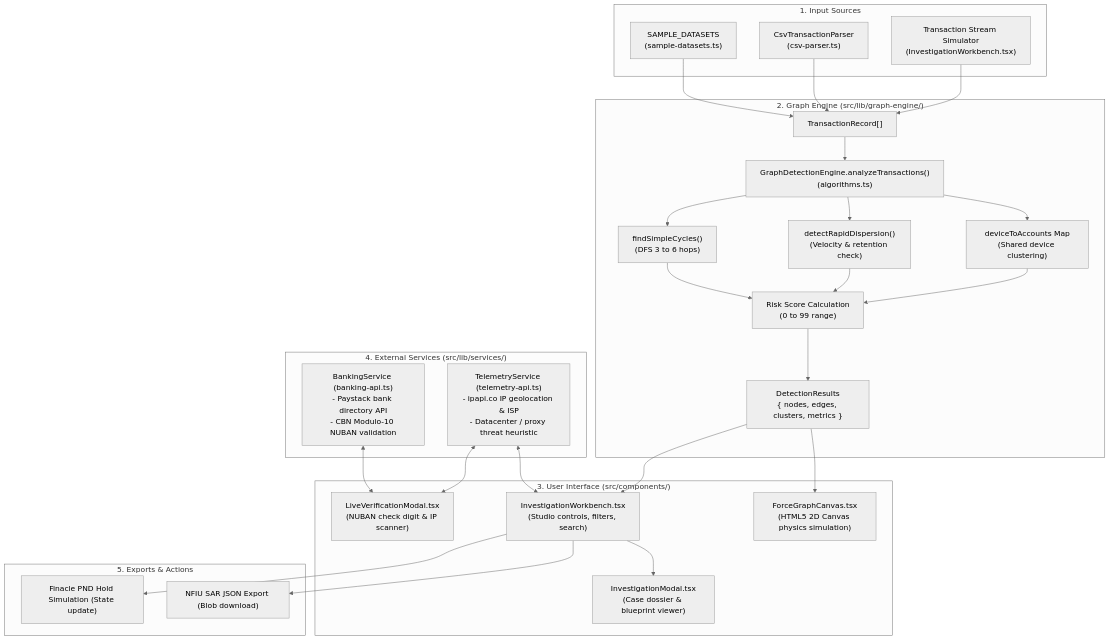
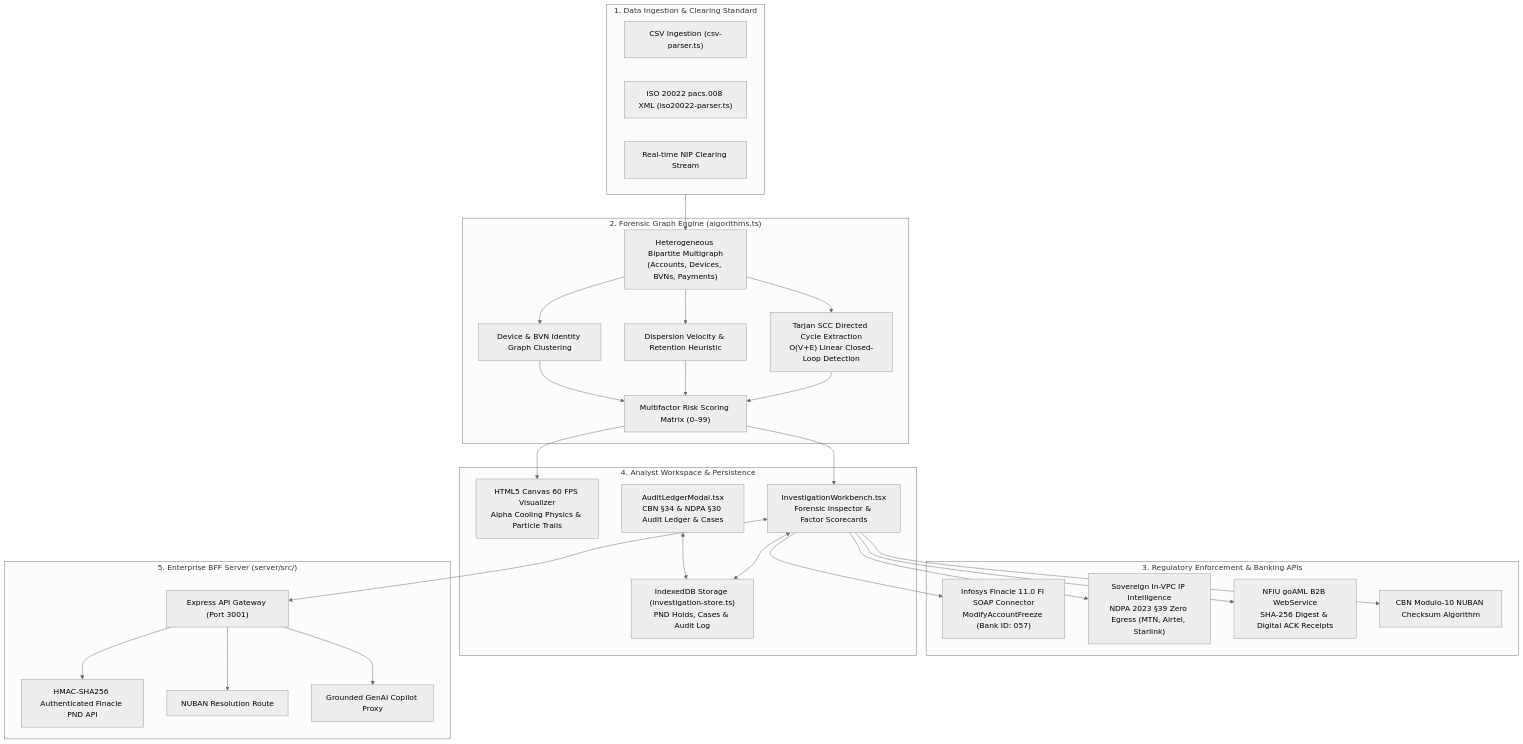
Before and after one commit to Najite/mule: the diagram in README.md, drawn with Mermaid (neutral theme). The commit also changed other lines of this file and 4 other files, not shown here.

Commit message:
feat(phase-5): implement regulatory audit ledger, case management studio, boundary tests, and production documentation

````diff
--- a/README.md
+++ b/README.md
@@ -24,59 +24,59 @@
 ```mermaid
 flowchart TD
-    subgraph DataInput ["1. Input Sources"]
-        Datasets["SAMPLE_DATASETS<br/>(sample-datasets.ts)"]
-        CSVParser["CsvTransactionParser<br/>(csv-parser.ts)"]
-        LiveSim["Transaction Stream Simulator<br/>(InvestigationWorkbench.tsx)"]
+    subgraph Ingestion ["1. Data Ingestion & Clearing Standard"]
+        CSV["CSV Ingestion (csv-parser.ts)"]
+        ISO["ISO 20022 pacs.008 XML (iso20022-parser.ts)"]
+        Stream["Real-time NIP Clearing Stream"]
     end
 
-    subgraph GraphEngine ["2. Graph Engine (src/lib/graph-engine/)"]
-        Record["TransactionRecord[]"]
-        Engine["GraphDetectionEngine.analyzeTransactions()<br/>(algorithms.ts)"]
-        DFS["findSimpleCycles()<br/>(DFS 3 to 6 hops)"]
-        Dispersion["detectRapidDispersion()<br/>(Velocity & retention check)"]
-        DeviceCluster["deviceToAccounts Map<br/>(Shared device clustering)"]
-        Scorer["Risk Score Calculation<br/>(0 to 99 range)"]
-        Results["DetectionResults<br/>{ nodes, edges, clusters, metrics }"]
+    subgraph CoreEngine ["2. Forensic Graph Engine (algorithms.ts)"]
+        Bipartite["Heterogeneous Bipartite Multigraph<br/>(Accounts, Devices, BVNs, Payments)"]
+        Tarjan["Tarjan SCC Directed Cycle Extraction<br/>O(V+E) Linear Closed-Loop Detection"]
+        Smurfing["Dispersion Velocity & Retention Heuristic"]
+        HardwareClustering["Device & BVN Identity Graph Clustering"]
+        RiskScore["Multifactor Risk Scoring Matrix (0–99)"]
     end
 
-    subgraph UI ["3. User Interface (src/components/)"]
-        Workbench["InvestigationWorkbench.tsx<br/>(Studio controls, filters, search)"]
-        Canvas["ForceGraphCanvas.tsx<br/>(HTML5 2D Canvas physics simulation)"]
-        VerifyModal["LiveVerificationModal.tsx<br/>(NUBAN check digit & IP scanner)"]
-        DossierModal["InvestigationModal.tsx<br/>(Case dossier & blueprint viewer)"]
+    subgraph Institutional ["3. Regulatory Enforcement & Banking APIs"]
+        Finacle["Infosys Finacle 11.0 FI SOAP Connector<br/>ModifyAccountFreeze (Bank ID: 057)"]
+        SovereignGeo["Sovereign In-VPC IP Intelligence<br/>NDPA 2023 §39 Zero Egress (MTN, Airtel, Starlink)"]
+        NFIU["NFIU goAML B2B WebService<br/>SHA-256 Digest & Digital ACK Receipts"]
+        NubanEngine["CBN Modulo-10 NUBAN Checksum Algorithm"]
     end
 
-    subgraph Services ["4. External Services (src/lib/services/)"]
-        Banking["BankingService (banking-api.ts)<br/>- Paystack bank directory API<br/>- CBN Modulo-10 NUBAN validation"]
-        Telemetry["TelemetryService (telemetry-api.ts)<br/>- ipapi.co IP geolocation & ISP<br/>- Datacenter / proxy threat heuristic"]
+    subgraph UI ["4. Analyst Workspace & Persistence"]
+        Canvas["HTML5 Canvas 60 FPS Visualizer<br/>Alpha Cooling Physics & Particle Trails"]
+        Workbench["InvestigationWorkbench.tsx<br/>Forensic Inspector & Factor Scorecards"]
+        AuditModal["AuditLedgerModal.tsx<br/>CBN §34 & NDPA §30 Audit Ledger & Cases"]
+        IndexedDBStore["IndexedDB Storage (investigation-store.ts)<br/>PND Holds, Cases & Audit Log"]
     end
 
-    subgraph Output ["5. Exports & Actions"]
-        PNDState["Finacle PND Hold Simulation (State update)"]
-        SARJSON["NFIU SAR JSON Export (Blob download)"]
+    subgraph BFFServer ["5. Enterprise BFF Server (server/src/)"]
+        Express["Express API Gateway (Port 3001)"]
+        HMAC["HMAC-SHA256 Authenticated Finacle PND API"]
+        NubanRoute["NUBAN Resolution Route"]
+        GeminiProxy["Grounded GenAI Copilot Proxy"]
     end
 
-    Datasets --> Record
-    CSVParser --> Record
-    LiveSim --> Record
-    Record --> Engine
+    Ingestion --> Bipartite
+    Bipartite --> Tarjan
+    Bipartite --> Smurfing
+    Bipartite --> HardwareClustering
+    Tarjan --> RiskScore
+    Smurfing --> RiskScore
+    HardwareClustering --> RiskScore
 
-    Engine --> DFS
-    Engine --> Dispersion
-    Engine --> DeviceCluster
-    DFS --> Scorer
-    Dispersion --> Scorer
-    DeviceCluster --> Scorer
-    Scorer --> Results
+    RiskScore --> Canvas
+    RiskScore --> Workbench
+    Workbench --> Finacle
+    Workbench --> SovereignGeo
+    Workbench --> NFIU
+    Workbench --> NubanEngine
+    Workbench <--> IndexedDBStore
+    AuditModal <--> IndexedDBStore
 
-    Results --> Workbench
-    Results --> Canvas
-
-    Banking <--> VerifyModal
-    Telemetry <--> VerifyModal
-    Telemetry <--> Workbench
-
-    Workbench --> PNDState
-    Workbench --> SARJSON
-    Workbench --> DossierModal
+    Workbench <--> Express
+    Express --> HMAC
+    Express --> NubanRoute
+    Express --> GeminiProxy
 ```
````
